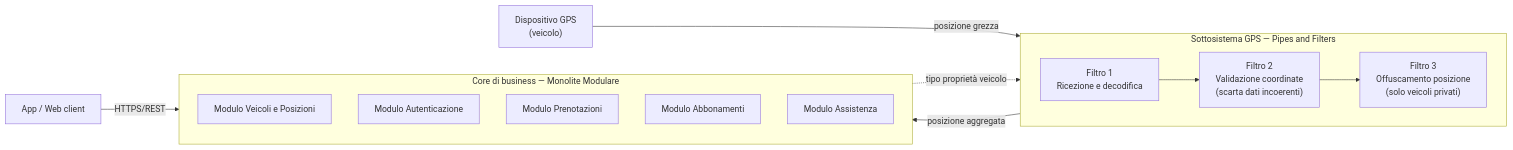
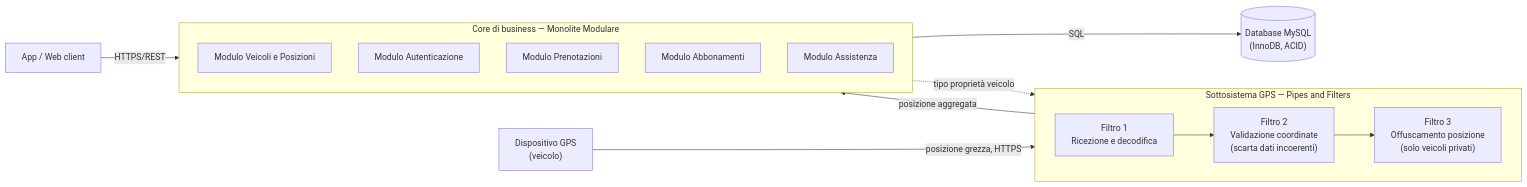
One commit to Riccardo2104/ProjectWork_App_Carsharing changed the diagram in docs/design/scheda_comparativa_architettura.md. Above: the diagram before and after it, drawn with Mermaid. The commit also changed other lines of this file and 4 other files, not shown here.

````diff
--- a/docs/design/scheda_comparativa_architettura.md
+++ b/docs/design/scheda_comparativa_architettura.md
@@ -52,24 +53,25 @@
 ```mermaid
 flowchart LR
-    GPS["Dispositivo GPS<br/>(veicolo)"] -->|posizione grezza| F1
+    GPS["Dispositivo GPS<br/>(veicolo)"] -->|posizione grezza, HTTPS| F1
 
     subgraph PIPE["Sottosistema GPS — Pipes and Filters"]
         direction LR
         F1["Filtro 1<br/>Ricezione e decodifica"] --> F2["Filtro 2<br/>Validazione coordinate<br/>(scarta dati incoerenti)"]
         F2 --> F3["Filtro 3<br/>Offuscamento posizione<br/>(solo veicoli privati)"]
     end
 
     F3 -->|posizione aggregata| POS
     POS -.->|tipo proprietà veicolo| F3
 
     subgraph CORE["Core di business — Monolite Modulare"]
         direction TB
         AUTH["Modulo Autenticazione"]
         POS["Modulo Veicoli e Posizioni"]
         BOOK["Modulo Prenotazioni"]
         SUB["Modulo Abbonamenti"]
         SUP["Modulo Assistenza"]
     end
 
+    CORE -->|SQL| DB[("Database MySQL<br/>(InnoDB, ACID)")]
     APP["App / Web client"] -->|HTTPS/REST| CORE
 ```
````
